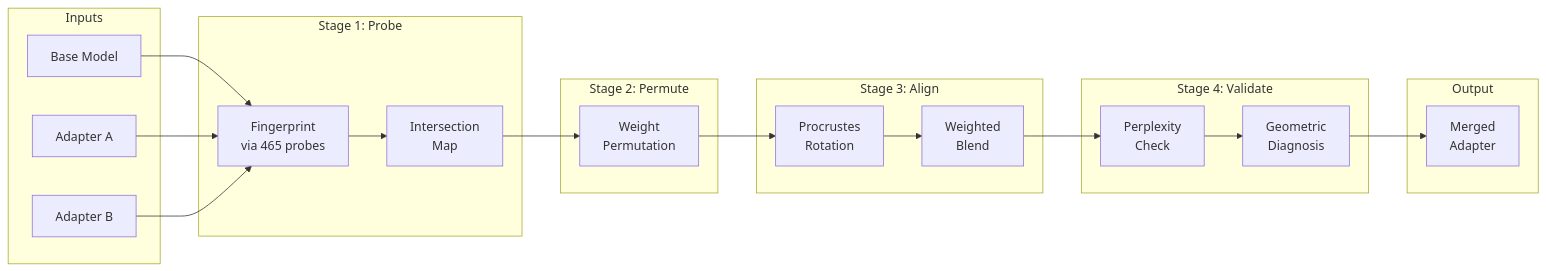
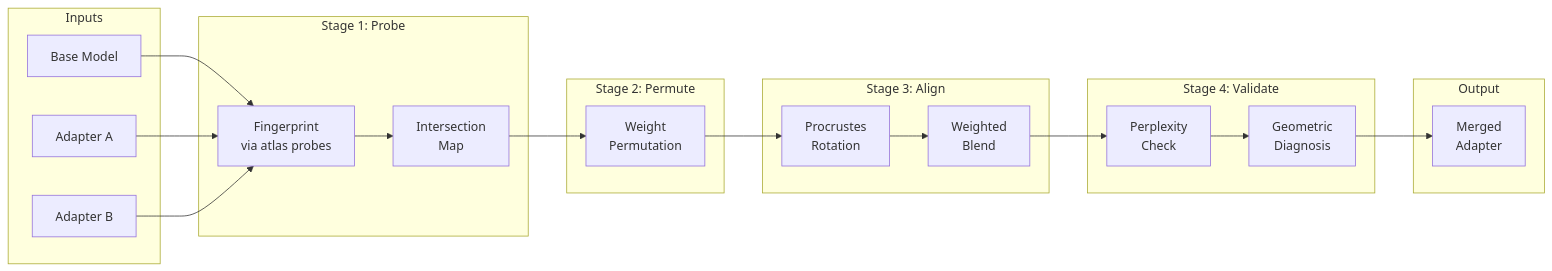
The fourth of 4 diagrams in docs/ARCHITECTURE.md (Ethyros-AI/ModelCypher), drawn with Mermaid before and after one commit. The commit also changed other lines of this file and 14 other files, not shown here.

````diff
--- a/docs/ARCHITECTURE.md
+++ b/docs/ARCHITECTURE.md
@@ -209,43 +209,43 @@
 ```mermaid
 flowchart LR
     subgraph INPUT["Inputs"]
         BASE["Base Model"]
         ADP1["Adapter A"]
         ADP2["Adapter B"]
     end
 
     subgraph STAGE1["Stage 1: Probe"]
-        FP["Fingerprint<br/>via 465 probes"]
+        FP["Fingerprint<br/>via atlas probes"]
         IM["Intersection<br/>Map"]
     end
 
     subgraph STAGE2["Stage 2: Permute"]
         PERM["Weight<br/>Permutation"]
     end
 
     subgraph STAGE3["Stage 3: Align"]
         ROT["Procrustes<br/>Rotation"]
         BLEND["Weighted<br/>Blend"]
     end
 
     subgraph STAGE4["Stage 4: Validate"]
         PPL["Perplexity<br/>Check"]
         DIAG["Geometric<br/>Diagnosis"]
     end
 
     subgraph OUTPUT["Output"]
         MERGED["Merged<br/>Adapter"]
     end
 
     BASE --> FP
     ADP1 --> FP
     ADP2 --> FP
 
     FP --> IM
     IM --> PERM
     PERM --> ROT
     ROT --> BLEND
     BLEND --> PPL
     PPL --> DIAG
     DIAG --> MERGED
 ```
````
